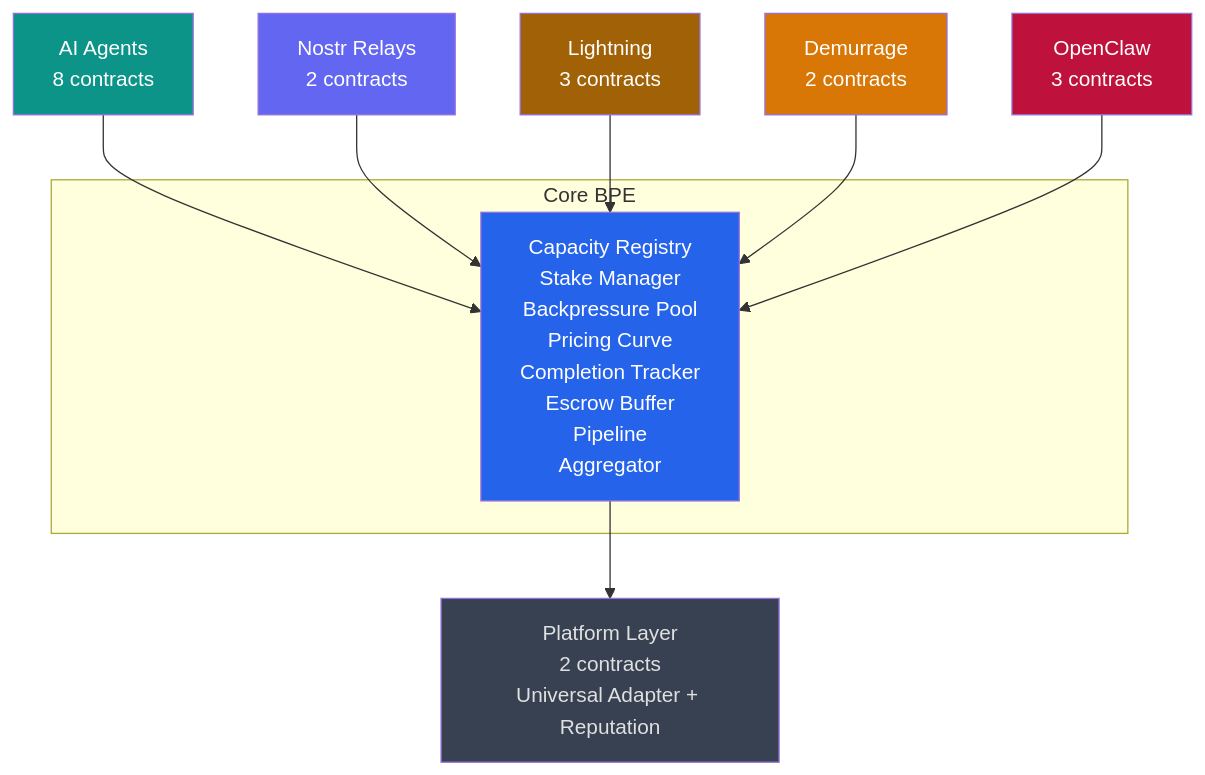
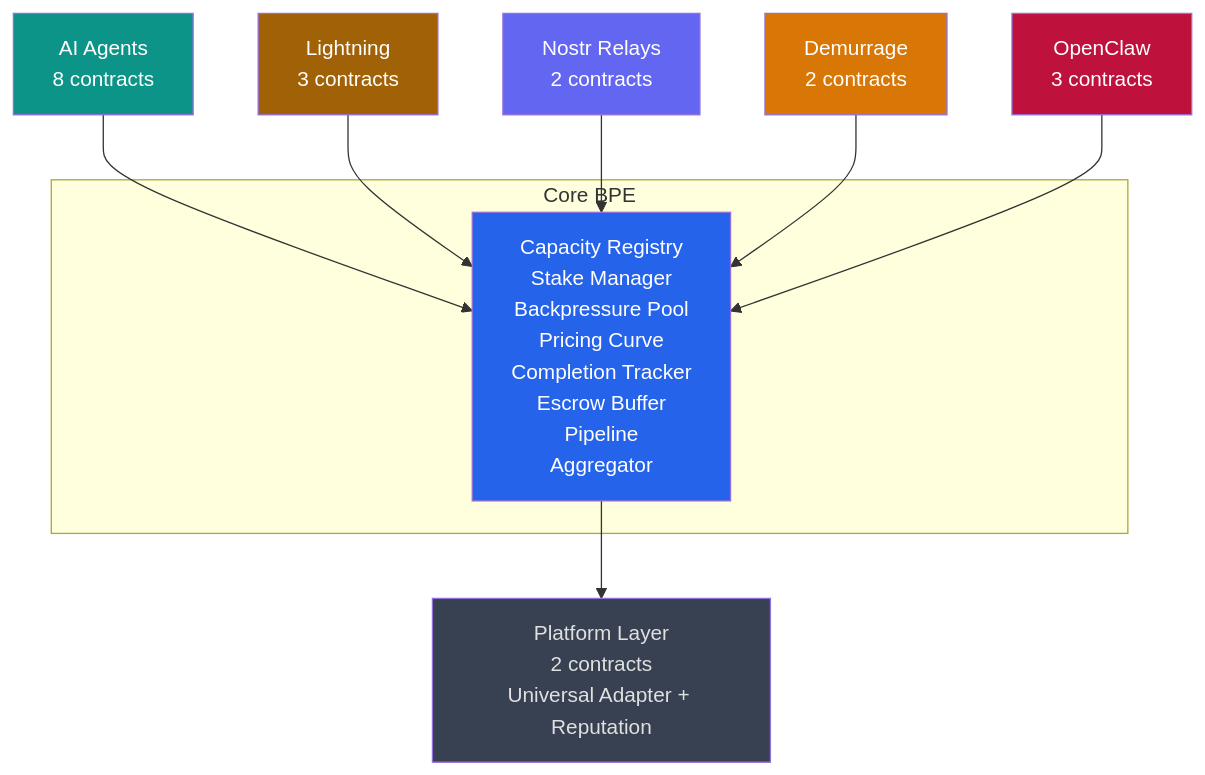
The tenth of 16 diagrams in website/explainer.md (spiltdev/spilt), drawn with Mermaid before and after one commit. The commit also changed other lines of this file and 9 other files, not shown here.

````diff
--- a/website/explainer.md
+++ b/website/explainer.md
@@ -306,22 +306,22 @@
 ```mermaid
 graph TB
     subgraph "Core BPE"
         CORE["Capacity Registry<br/>Stake Manager<br/>Backpressure Pool<br/>Pricing Curve<br/>Completion Tracker<br/>Escrow Buffer<br/>Pipeline<br/>Aggregator"]
     end
 
     AI["AI Agents<br/>8 contracts"] --> CORE
+    LN["Lightning<br/>3 contracts"] --> CORE
     NOSTR["Nostr Relays<br/>2 contracts"] --> CORE
-    LN["Lightning<br/>3 contracts"] --> CORE
     DEM["Demurrage<br/>2 contracts"] --> CORE
     OC["OpenClaw<br/>3 contracts"] --> CORE
 
     CORE --> PLAT["Platform Layer<br/>2 contracts<br/>Universal Adapter + Reputation"]
 
     style CORE fill:#2563eb,color:#fff
     style AI fill:#0d9488,color:#fff
     style NOSTR fill:#6366f1,color:#fff
     style LN fill:#a16207,color:#fff
     style DEM fill:#d97706,color:#fff
     style OC fill:#be123c,color:#fff
     style PLAT fill:#374151,color:#e0e0e0
 ```
````
